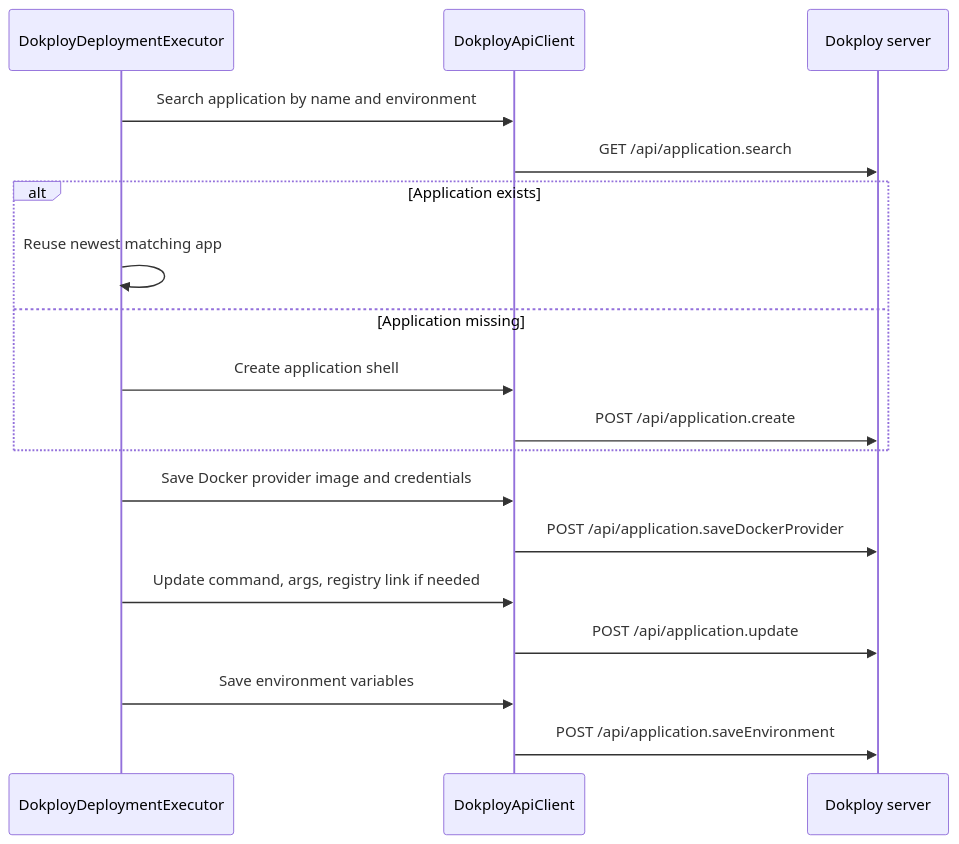
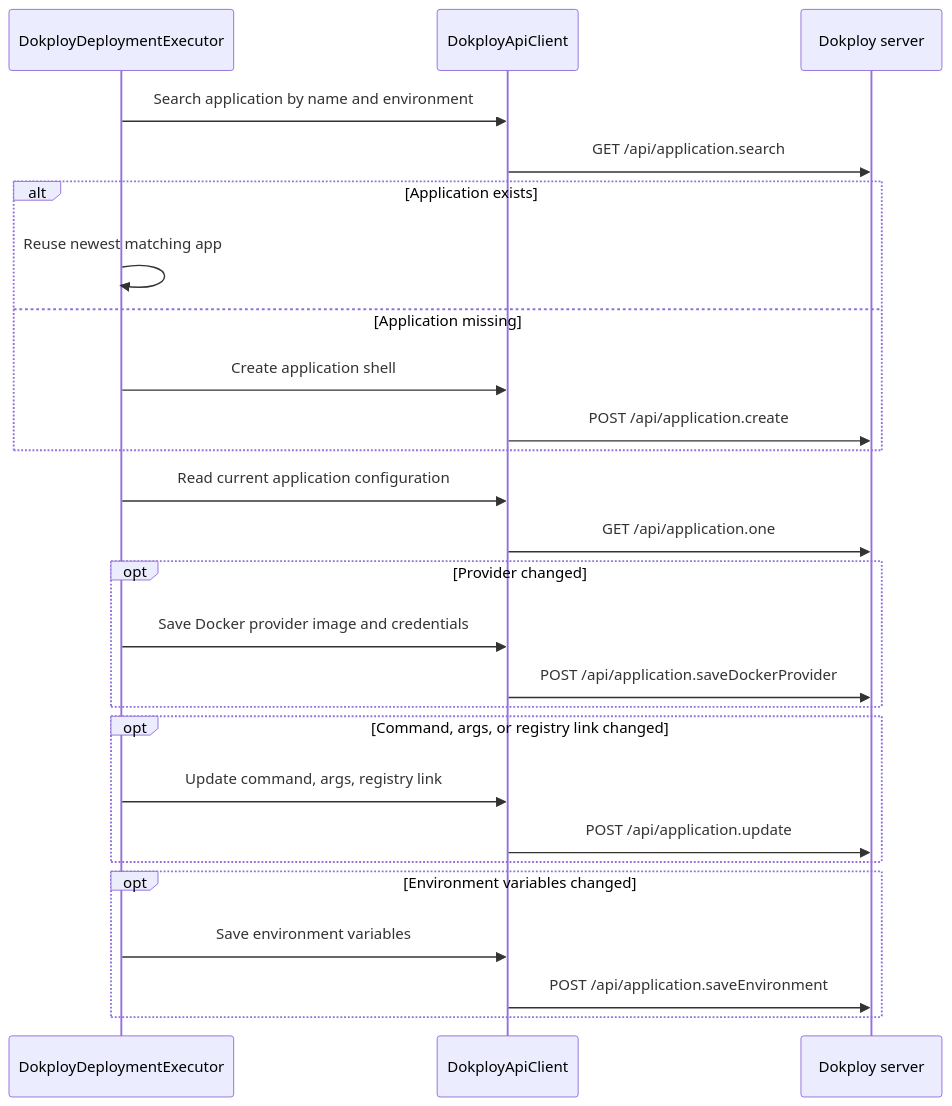
One commit to jomaxso/sorvia-aspire changed diagram 11 of 15 in docs/dokploy-deployment-architecture.md. Above: the diagram before and after it, drawn with Mermaid. The commit also changed other lines of this file and 4 other files, not shown here.

Commit message:
feat: Enhance Dokploy deployment process with idempotent checks for registry and application configurations

````diff
--- a/docs/dokploy-deployment-architecture.md
+++ b/docs/dokploy-deployment-architecture.md
@@ -339,21 +344,29 @@
 ```mermaid
 sequenceDiagram
     participant Executor as DokployDeploymentExecutor
     participant Client as DokployApiClient
     participant Dokploy as Dokploy server
 
     Executor->>Client: Search application by name and environment
     Client->>Dokploy: GET /api/application.search
     alt Application exists
         Executor->>Executor: Reuse newest matching app
     else Application missing
         Executor->>Client: Create application shell
         Client->>Dokploy: POST /api/application.create
     end
-    Executor->>Client: Save Docker provider image and credentials
-    Client->>Dokploy: POST /api/application.saveDockerProvider
-    Executor->>Client: Update command, args, registry link if needed
-    Client->>Dokploy: POST /api/application.update
-    Executor->>Client: Save environment variables
-    Client->>Dokploy: POST /api/application.saveEnvironment
+    Executor->>Client: Read current application configuration
+    Client->>Dokploy: GET /api/application.one
+    opt Provider changed
+        Executor->>Client: Save Docker provider image and credentials
+        Client->>Dokploy: POST /api/application.saveDockerProvider
+    end
+    opt Command, args, or registry link changed
+        Executor->>Client: Update command, args, registry link
+        Client->>Dokploy: POST /api/application.update
+    end
+    opt Environment variables changed
+        Executor->>Client: Save environment variables
+        Client->>Dokploy: POST /api/application.saveEnvironment
+    end
 ```
````
